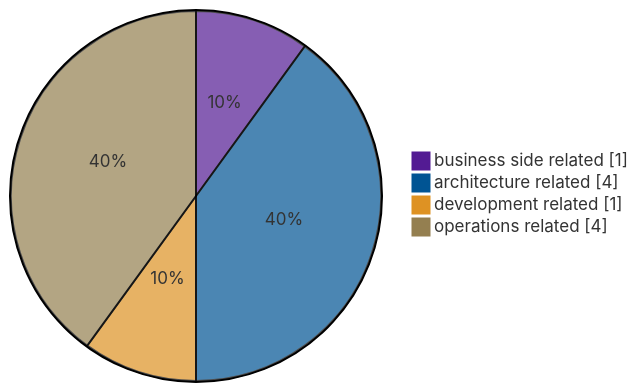
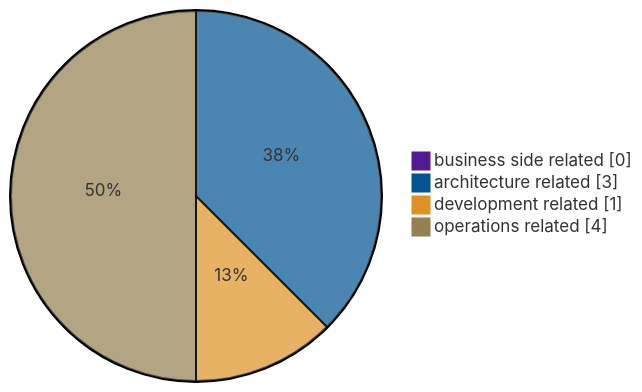
One commit to 0x3f8/threat-model-demo changed the second of 2 diagrams in report/adocReport/030_RiskMitigationStatus.adoc. Above: the diagram before and after it, drawn with Mermaid. The commit also changed other lines of this file and 28 other files, not shown here.

```diff
--- a/report/adocReport/030_RiskMitigationStatus.adoc
+++ b/report/adocReport/030_RiskMitigationStatus.adoc
@@ -87,9 +87,9 @@
 [mermaid]
 ....
 %%{init: {'pie' : {'textPosition' : 0.5}, 'theme': 'base', 'themeVariables': { 'pie1': '#531B93', 'pie2': '#005493', 'pie3': '#DE9223', 'pie4': '#947F50'}}}%%
 pie showData
-  "business side related" : 1
-  "architecture related" : 4
+  "business side related" : 0
+  "architecture related" : 3
   "development related" : 1
   "operations related" : 4
 ....
```
